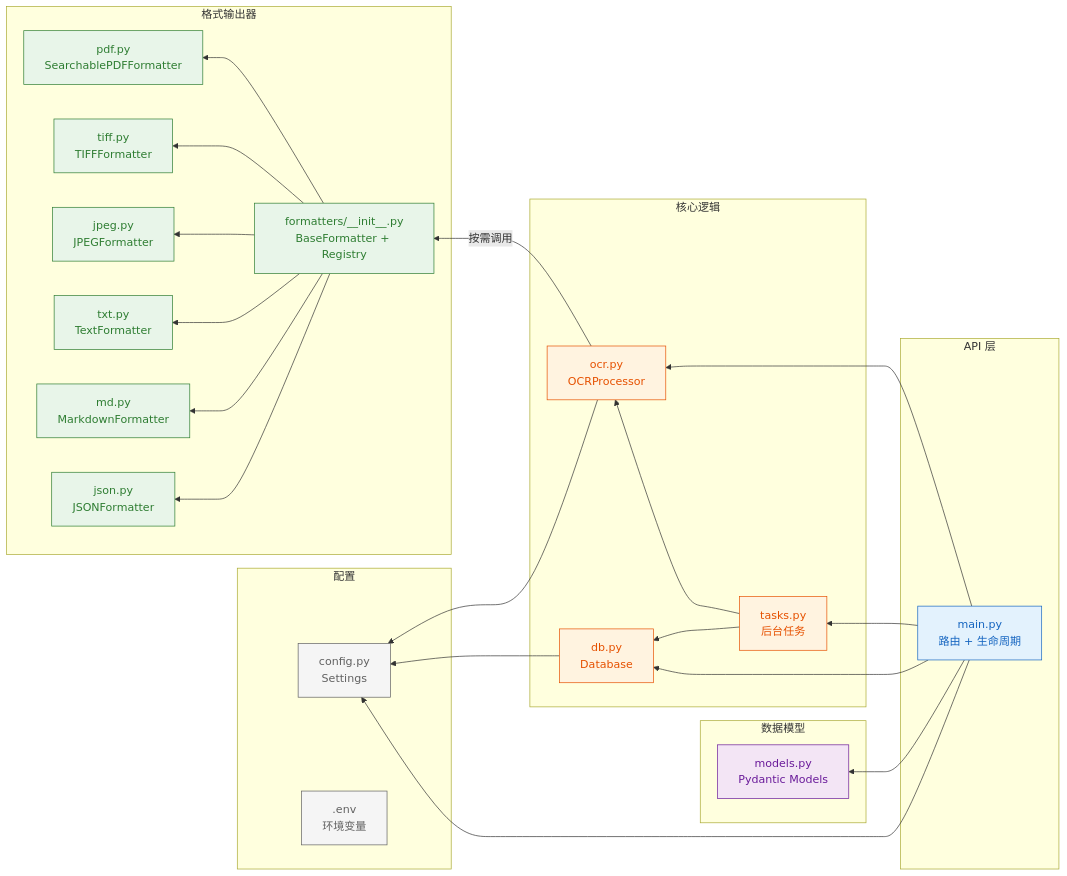
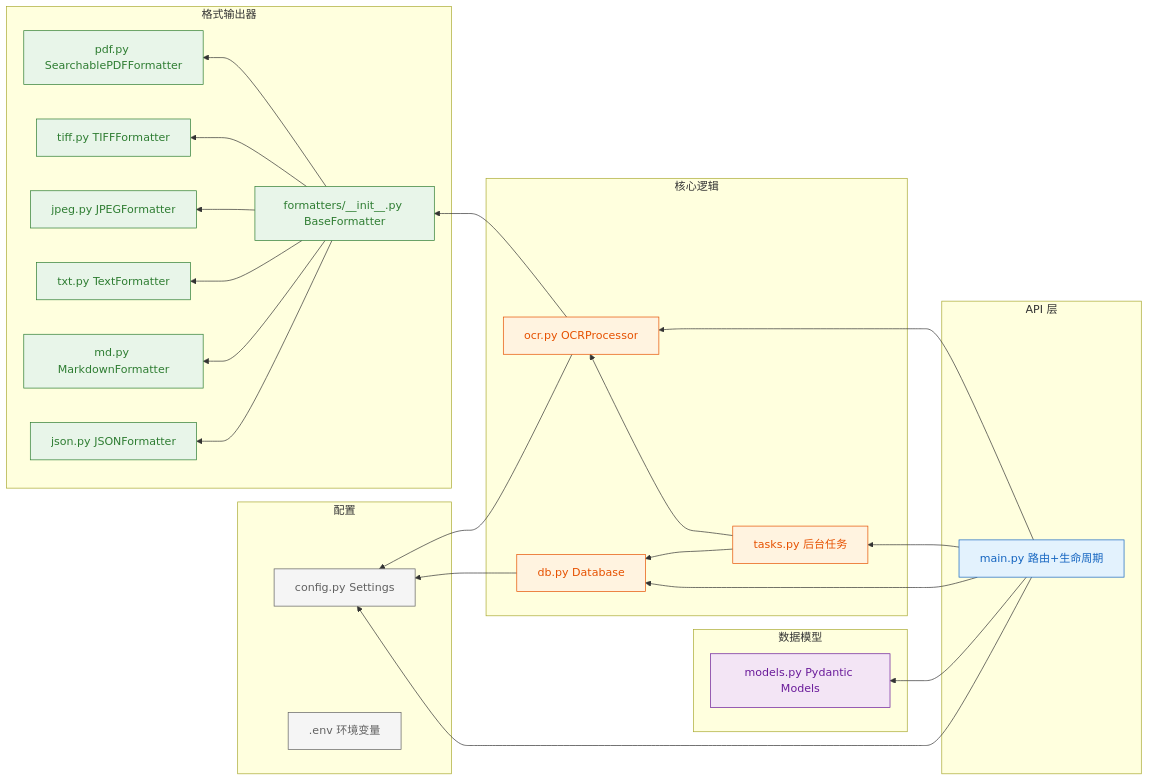
One commit to Terryhelium/pdf2searchable changed the third of 6 diagrams in ARCHITECTURE.md. Above: the diagram before and after it, drawn with Mermaid. The commit also changed other lines of this file, not shown here.

First line of the commit message:
fix: make mermaid diagrams compatible with Typora

````diff
--- a/ARCHITECTURE.md
+++ b/ARCHITECTURE.md
@@ -154,63 +157,63 @@
 ```mermaid
 graph RL
     subgraph API["API 层"]
-        Main["main.py<br/>路由 + 生命周期"]
+        Main["main.py 路由+生命周期"]
     end
 
     subgraph Core["核心逻辑"]
-        OCR["ocr.py<br/>OCRProcessor"]
-        Tasks["tasks.py<br/>后台任务"]
-        DB["db.py<br/>Database"]
+        OCR["ocr.py OCRProcessor"]
+        Tasks["tasks.py 后台任务"]
+        DB["db.py Database"]
     end
 
     subgraph Format["格式输出器"]
-        Init["formatters/__init__.py<br/>BaseFormatter + Registry"]
-        PDF["pdf.py<br/>SearchablePDFFormatter"]
-        TIFF["tiff.py<br/>TIFFFormatter"]
-        JPEG["jpeg.py<br/>JPEGFormatter"]
-        TXT["txt.py<br/>TextFormatter"]
-        MD["md.py<br/>MarkdownFormatter"]
-        JSON["json.py<br/>JSONFormatter"]
+        Init["formatters/__init__.py BaseFormatter"]
+        PDF["pdf.py SearchablePDFFormatter"]
+        TIFF["tiff.py TIFFFormatter"]
+        JPEG["jpeg.py JPEGFormatter"]
+        TXT["txt.py TextFormatter"]
+        MD["md.py MarkdownFormatter"]
+        JSON["json.py JSONFormatter"]
     end
 
     subgraph Config["配置"]
-        CFG["config.py<br/>Settings"]
-        ENV[".env<br/>环境变量"]
+        CFG["config.py Settings"]
+        ENV[".env 环境变量"]
     end
 
     subgraph Models["数据模型"]
-        MOD["models.py<br/>Pydantic Models"]
+        MOD["models.py Pydantic Models"]
     end
 
     Main --> OCR
     Main --> Tasks
     Main --> DB
     Main --> MOD
     Main --> CFG
 
     Tasks --> OCR
     Tasks --> DB
 
-    OCR -->|"按需调用"| Init
+    OCR --> Init
     Init --> PDF
     Init --> TIFF
     Init --> JPEG
     Init --> TXT
     Init --> MD
     Init --> JSON
 
     DB --> CFG
     OCR --> CFG
 
     classDef api fill:#e3f2fd,stroke:#1565c0,color:#1565c0
     classDef core fill:#fff3e0,stroke:#e65100,color:#e65100
     classDef fmt fill:#e8f5e9,stroke:#2e7d32,color:#2e7d32
     classDef cfg fill:#f5f5f5,stroke:#616161,color:#616161
     classDef mod fill:#f3e5f5,stroke:#6a1b9a,color:#6a1b9a
 
     class Main api
     class OCR,Tasks,DB core
     class Init,PDF,TIFF,JPEG,TXT,MD,JSON fmt
     class CFG,ENV cfg
     class MOD mod
 ```
````
